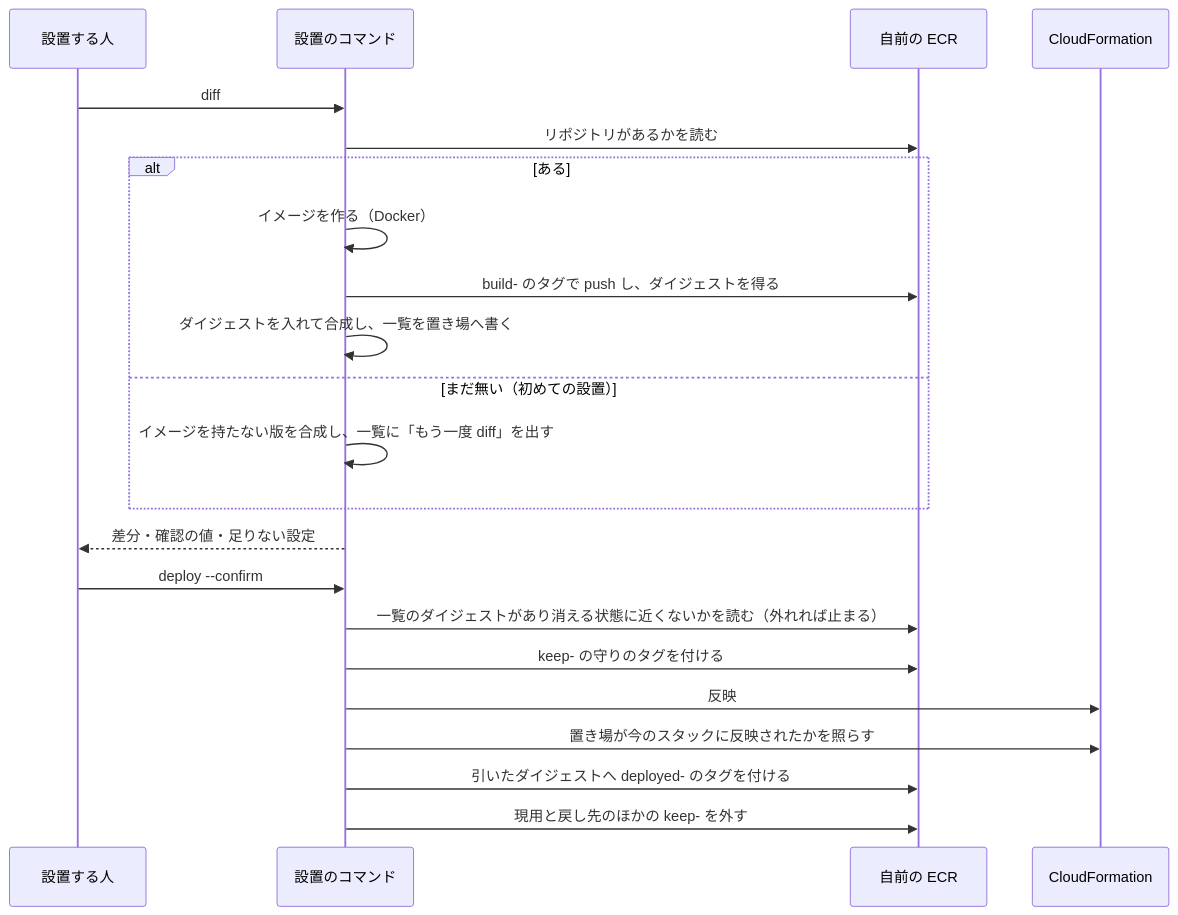
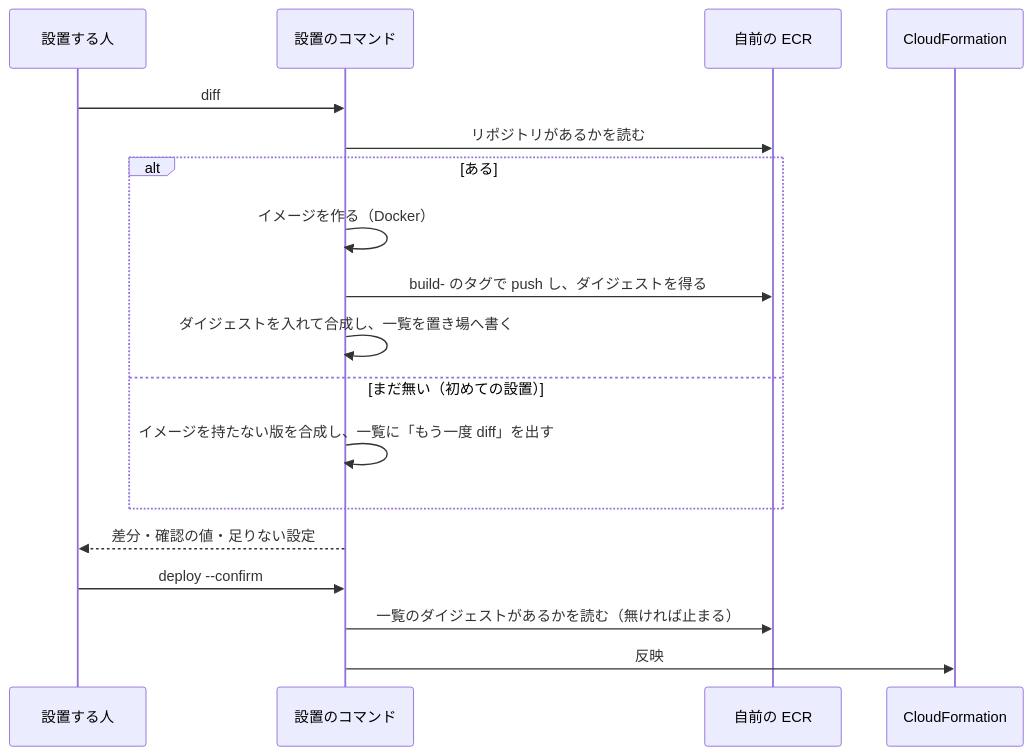
One commit to devbasex/nd-factory changed the fourth of 4 diagrams in issues/issue-13-design.md. Above: the diagram before and after it, drawn with Mermaid. The commit also changed other lines of this file and 3 other files, not shown here.

````diff
--- a/issues/issue-13-design.md
+++ b/issues/issue-13-design.md
@@ -209,24 +209,20 @@
 ```mermaid
 sequenceDiagram
     participant P as 設置する人
     participant S as 設置のコマンド
     participant R as 自前の ECR
     participant C as CloudFormation
     P->>S: diff
     S->>R: リポジトリがあるかを読む
     alt ある
         S->>S: イメージを作る（Docker）
         S->>R: build- のタグで push し、ダイジェストを得る
         S->>S: ダイジェストを入れて合成し、一覧を置き場へ書く
     else まだ無い（初めての設置）
         S->>S: イメージを持たない版を合成し、一覧に「もう一度 diff」を出す
     end
     S-->>P: 差分・確認の値・足りない設定
     P->>S: deploy --confirm
-    S->>R: 一覧のダイジェストがあり消える状態に近くないかを読む（外れれば止まる）
-    S->>R: keep- の守りのタグを付ける
+    S->>R: 一覧のダイジェストがあるかを読む（無ければ止まる）
     S->>C: 反映
-    S->>C: 置き場が今のスタックに反映されたかを照らす
-    S->>R: 引いたダイジェストへ deployed- のタグを付ける
-    S->>R: 現用と戻し先のほかの keep- を外す
 ```
````
